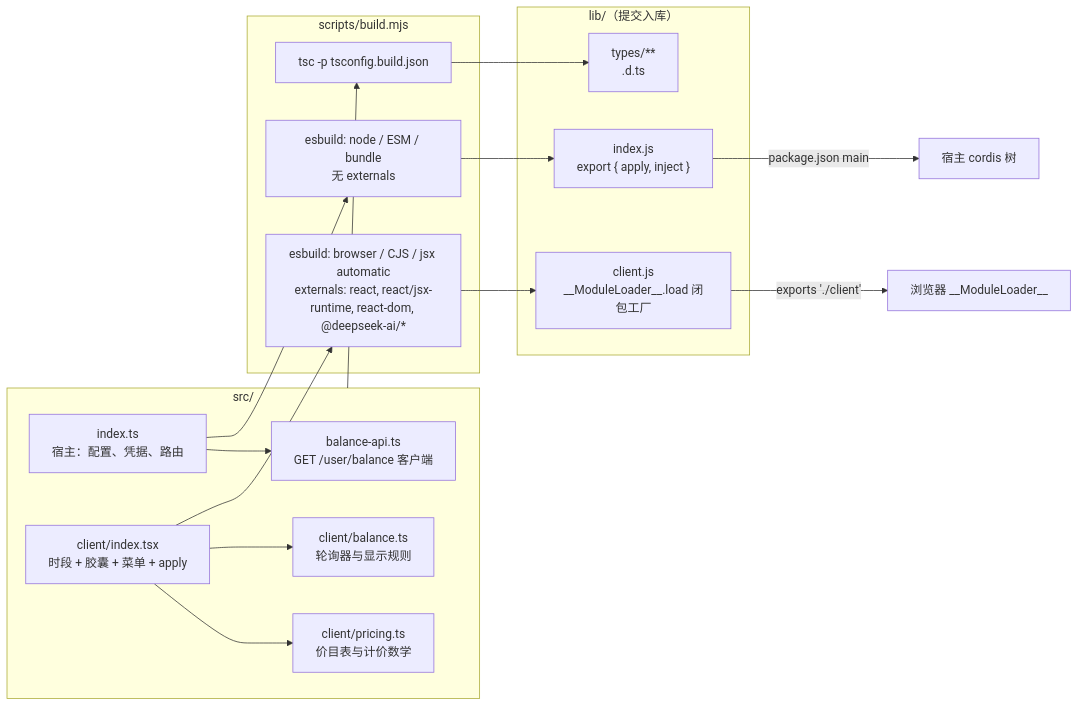
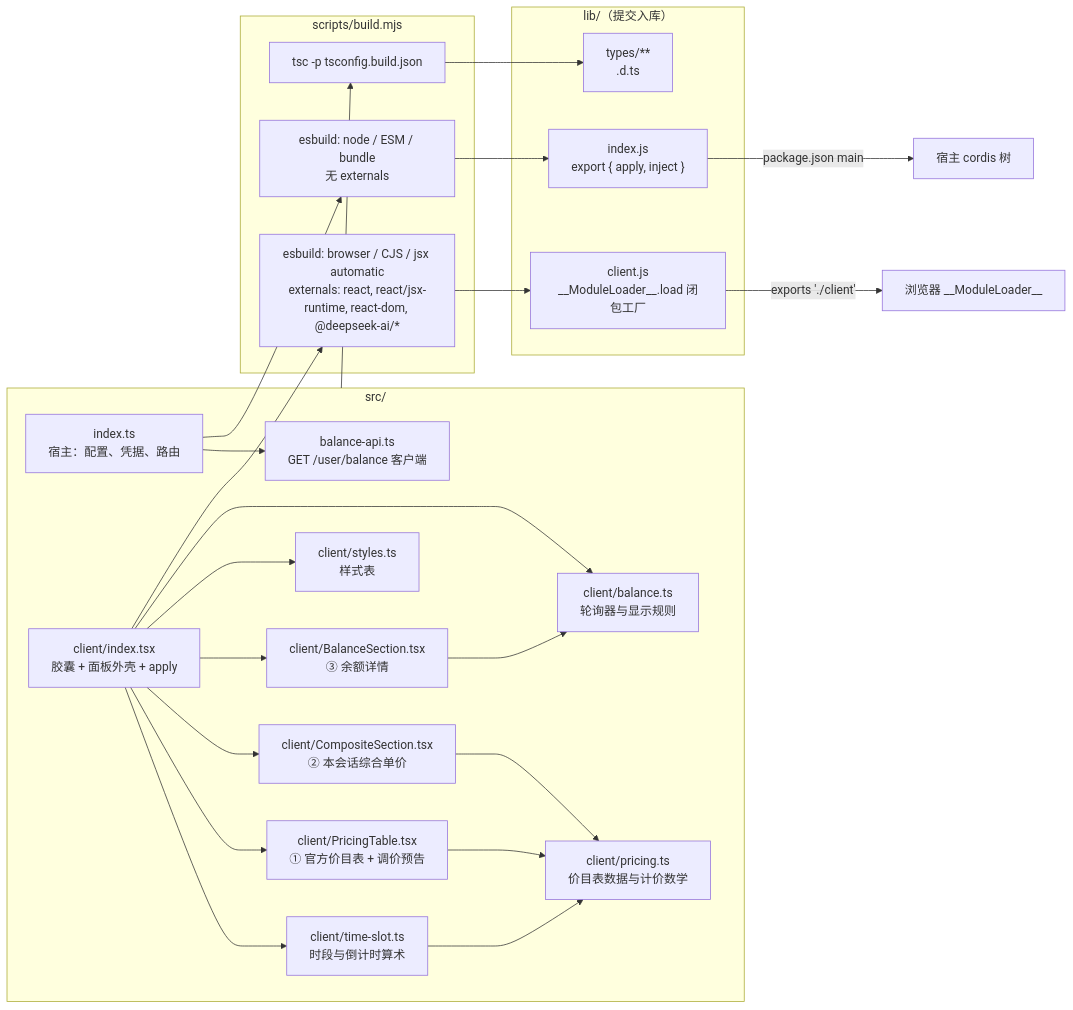
The second of 4 diagrams in docs/architecture.md (VinciBeans/deepseek-plugin-liangwengu), drawn with Mermaid before and after one commit. The commit also changed other lines of this file and 20 other files, not shown here.

First line of the commit message:
refactor(client): 按职责拆分 718 行的 index.tsx，菜单三块各自 memo

````diff
--- a/docs/architecture.md
+++ b/docs/architecture.md
@@ -86,32 +86,45 @@
 ```mermaid
 flowchart LR
   subgraph Src["src/"]
     HostTs["index.ts<br/>宿主：配置、凭据、路由"]
     ApiTs["balance-api.ts<br/>GET /user/balance 客户端"]
-    CIndex["client/index.tsx<br/>时段 + 胶囊 + 菜单 + apply"]
-    Pricing["client/pricing.ts<br/>价目表与计价数学"]
+    CIndex["client/index.tsx<br/>胶囊 + 面板外壳 + apply"]
+    CSlot["client/time-slot.ts<br/>时段与倒计时算术"]
+    CPricing["client/PricingTable.tsx<br/>① 官方价目表 + 调价预告"]
+    CComposite["client/CompositeSection.tsx<br/>② 本会话综合单价"]
+    CBalanceSection["client/BalanceSection.tsx<br/>③ 余额详情"]
     CBalance["client/balance.ts<br/>轮询器与显示规则"]
+    CPricingMath["client/pricing.ts<br/>价目表数据与计价数学"]
+    CStyles["client/styles.ts<br/>样式表"]
     HostTs --> ApiTs
-    CIndex --> Pricing
+    CIndex --> CSlot
+    CIndex --> CPricing
+    CIndex --> CComposite
+    CIndex --> CBalanceSection
+    CIndex --> CStyles
+    CPricing --> CPricingMath
+    CComposite --> CPricingMath
+    CBalanceSection --> CBalance
     CIndex --> CBalance
+    CSlot --> CPricingMath
   end
 
   subgraph Build["scripts/build.mjs"]
     EsbuildHost["esbuild: node / ESM / bundle<br/>无 externals"]
     EsbuildClient["esbuild: browser / CJS / jsx automatic<br/>externals: react, react/jsx-runtime, react-dom, @deepseek-ai/*"]
     Tsc["tsc -p tsconfig.build.json"]
   end
 
   subgraph Lib["lib/（提交入库）"]
     LIndex["index.js<br/>export { apply, inject }"]
     LClient["client.js<br/>__ModuleLoader__.load 闭包工厂"]
     LTypes["types/**<br/>.d.ts"]
   end
 
   HostTs --> EsbuildHost --> LIndex
   CIndex --> EsbuildClient --> LClient
   Src --> Tsc --> LTypes
 
   LIndex -->|package.json main| HostRun["宿主 cordis 树"]
   LClient -->|exports './client'| ClientRun["浏览器 __ModuleLoader__"]
 ```
````
